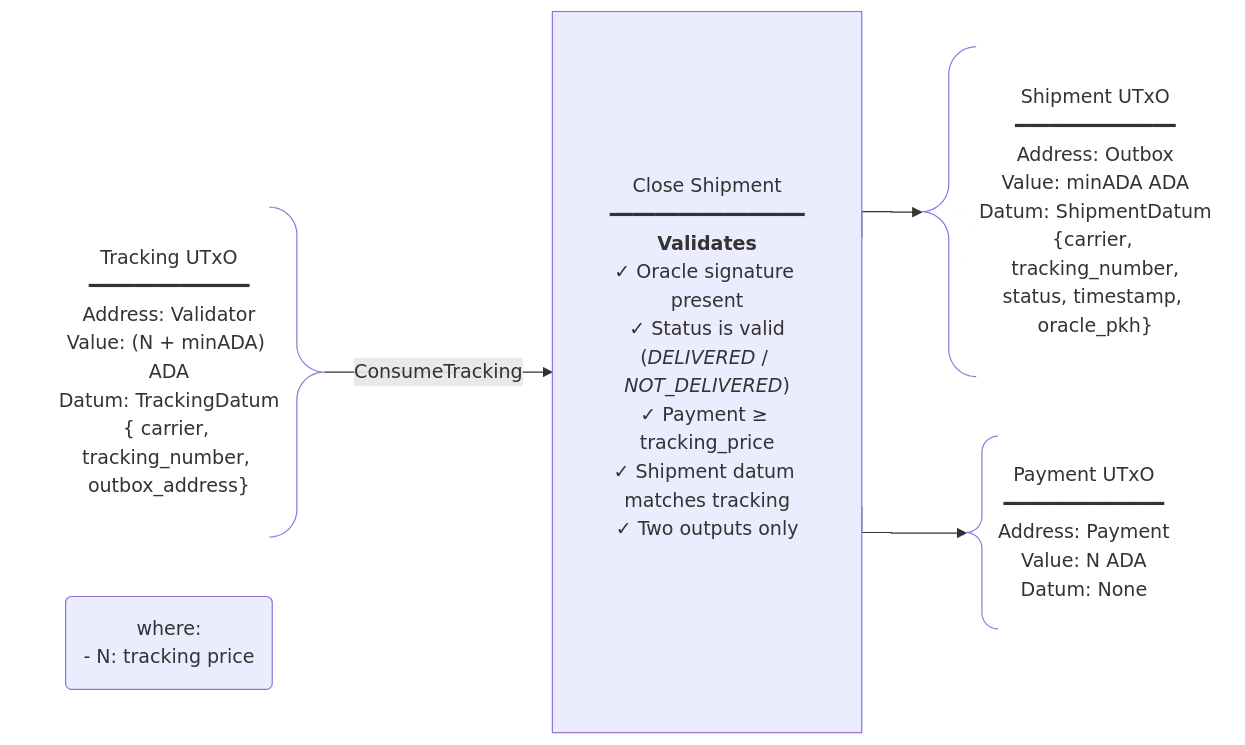
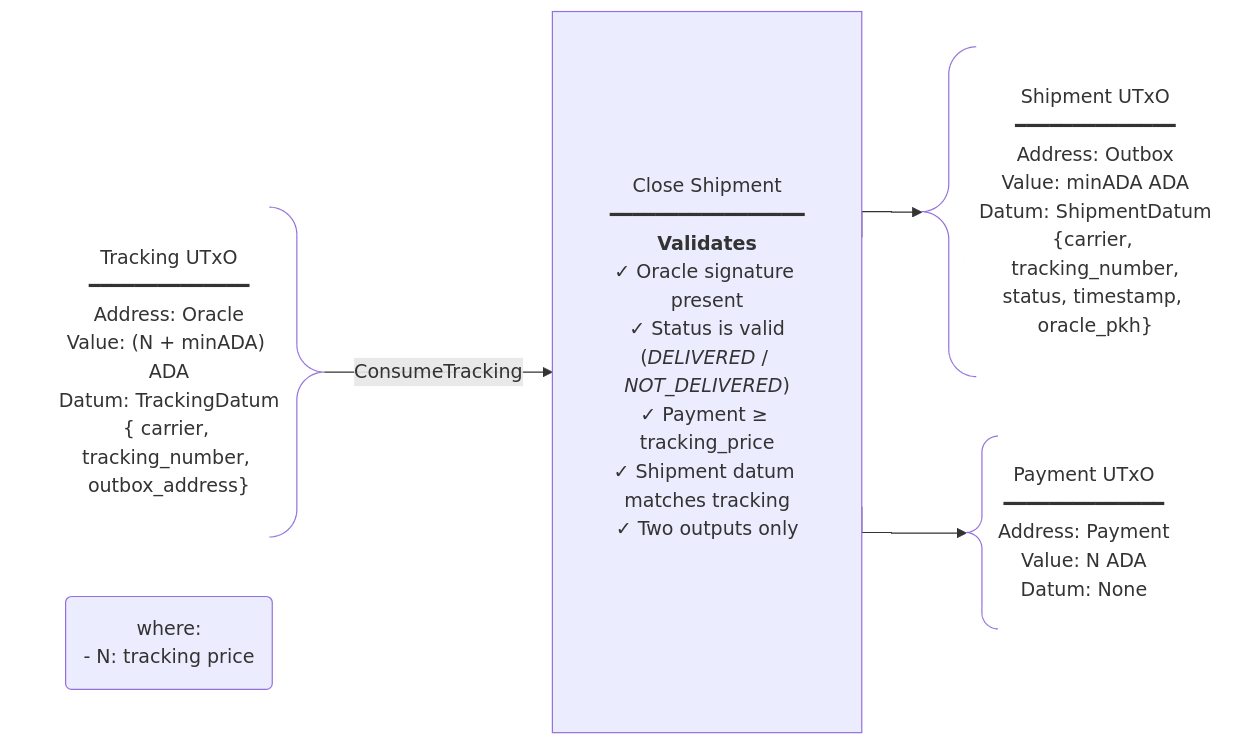
Before and after one commit to tx3-lang/shipping-oracle: the second of 2 diagrams in README.md, drawn with Mermaid. The commit also changed other lines of this file and 11 other files, not shown here.

````diff
--- a/README.md
+++ b/README.md
@@ -179,21 +179,21 @@
 ```mermaid
 ---
 config:
   flowchart:
     curve: stepBefore
 ---
 flowchart LR
-  I1@{ shape: brace-r, label: "Tracking UTxO<br/>━━━━━━━━━━━━━━<br/>Address: Validator<br/>Value: (N + minADA) ADA<br/>Datum: TrackingDatum<br/>{ carrier, tracking_number, outbox_address}"}
+  I1@{ shape: brace-r, label: "Tracking UTxO<br/>━━━━━━━━━━━━━━<br/>Address: Oracle<br/>Value: (N + minADA) ADA<br/>Datum: TrackingDatum<br/>{ carrier, tracking_number, outbox_address}"}
 
   TX["`<br/><br/><br/><br/><br/>Close Shipment<br/>━━━━━━━━━━━━━━━━━<br/>**Validates**<br/>✓ Oracle signature present<br/>✓ Status is valid<br/>(_DELIVERED_ / _NOT_DELIVERED_)<br/>✓ Payment ≥ tracking_price<br/>✓ Shipment datum matches tracking<br/>✓ Two outputs only<br/><br/><br/><br/><br/><br/><br/>`"]
 
   O1@{ shape: brace-l, label: "Shipment UTxO<br/>━━━━━━━━━━━━━━<br/>Address: Outbox<br/>Value: minADA ADA<br/>Datum: ShipmentDatum<br/>{carrier, tracking_number,<br/>status, timestamp, oracle_pkh}"}
 
   O2@{ shape: brace-l, label: "Payment UTxO<br/>━━━━━━━━━━━━━━<br/>Address: Payment<br/>Value: N ADA<br/>Datum: None"}
 
   I1 --ConsumeTracking--> TX
   TX --> O1
   TX --> O2
 
   Note@{ shape: rounded, label: "where:<br/>- N: tracking price" }
 ```
````
